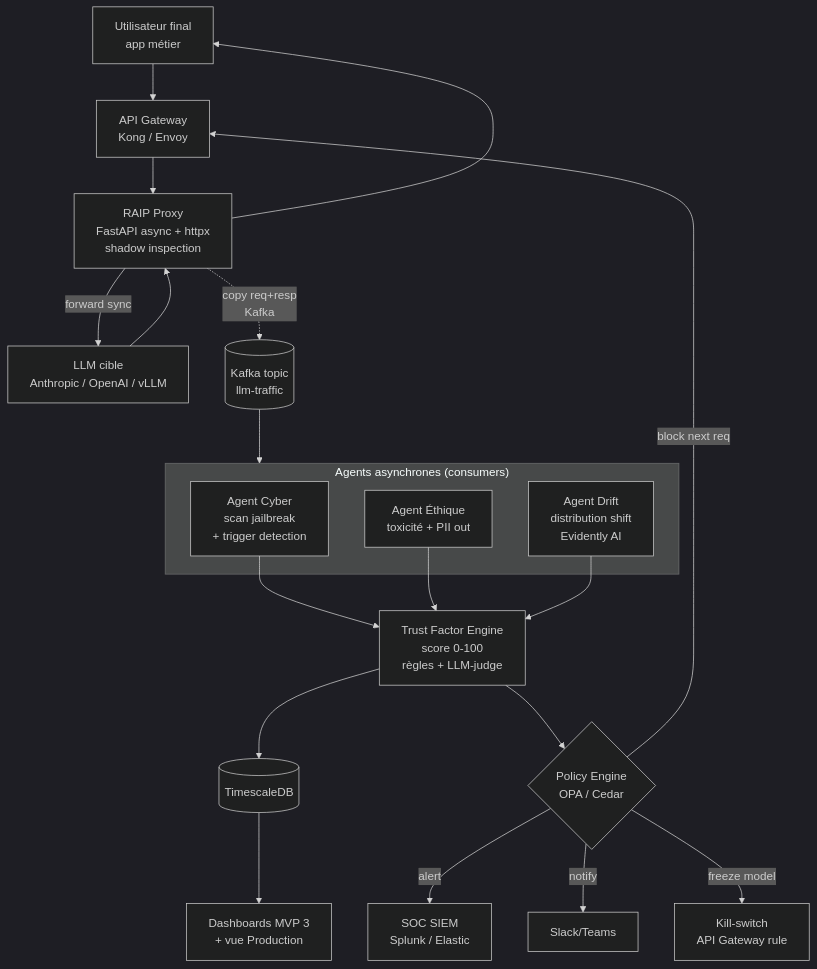
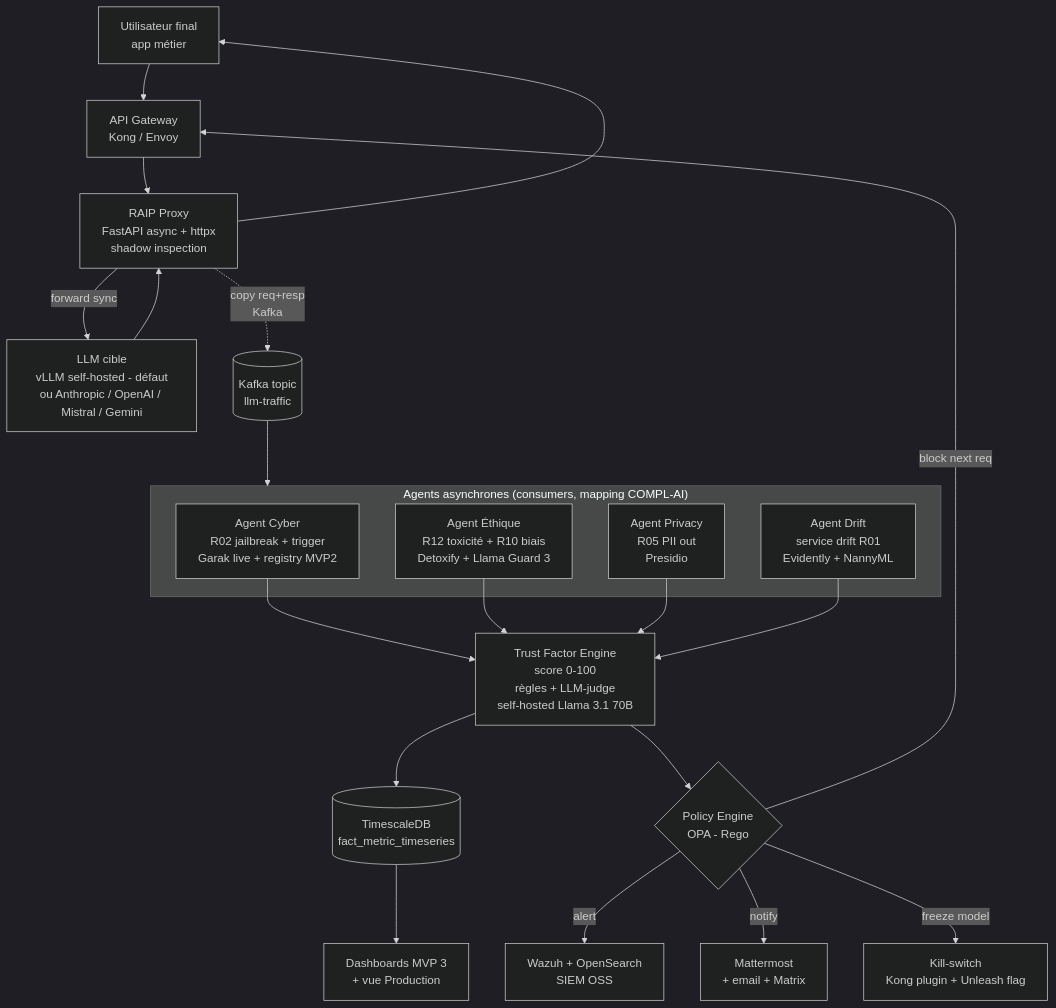
One commit to Rqbln/VERA changed the first of 4 diagrams in MVP4_governance_as_a_service.md. Above: the diagram before and after it, drawn with Mermaid (dark theme). The commit also changed other lines of this file and 9 other files, not shown here.

First line of the commit message:
Refocus roadmap and MVP documentation on accessible local open-source tooling.

````diff
--- a/MVP4_governance_as_a_service.md
+++ b/MVP4_governance_as_a_service.md
@@ -16,34 +16,33 @@
 ```mermaid
 flowchart TB
     USER[Utilisateur final<br/>app métier] --> GW[API Gateway<br/>Kong / Envoy]
 
     GW --> PROXY[RAIP Proxy<br/>FastAPI async + httpx<br/>shadow inspection]
 
-    PROXY -->|forward sync| LLM[LLM cible<br/>Anthropic / OpenAI / vLLM]
+    PROXY -->|forward sync| LLM[LLM cible<br/>vLLM self-hosted - défaut<br/>ou Anthropic / OpenAI / Mistral / Gemini]
     LLM --> PROXY
     PROXY --> USER
 
     PROXY -.->|copy req+resp<br/>Kafka| BUS[(Kafka topic<br/>llm-traffic)]
 
     BUS --> AGENTS
 
-    subgraph AGENTS["Agents asynchrones (consumers)"]
-        A1[Agent Cyber<br/>scan jailbreak<br/>+ trigger detection]
-        A2[Agent Éthique<br/>toxicité + PII out]
-        A3[Agent Drift<br/>distribution shift<br/>Evidently AI]
+    subgraph AGENTS["Agents asynchrones (consumers, mapping COMPL-AI)"]
+        A1[Agent Cyber<br/>R02 jailbreak + trigger<br/>Garak live + registry MVP2]
+        A2[Agent Éthique<br/>R12 toxicité + R10 biais<br/>Detoxify + Llama Guard 3]
+        A3[Agent Privacy<br/>R05 PII out<br/>Presidio]
+        A4[Agent Drift<br/>service drift R01<br/>Evidently + NannyML]
     end
 
-    A1 --> SCORE[Trust Factor Engine<br/>score 0-100<br/>règles + LLM-judge]
-    A2 --> SCORE
-    A3 --> SCORE
+    A1 & A2 & A3 & A4 --> SCORE[Trust Factor Engine<br/>score 0-100<br/>règles + LLM-judge<br/>self-hosted Llama 3.1 70B]
 
-    SCORE --> TS[(TimescaleDB)]
-    SCORE --> POL{Policy Engine<br/>OPA / Cedar}
+    SCORE --> TS[(TimescaleDB<br/>fact_metric_timeseries)]
+    SCORE --> POL{Policy Engine<br/>OPA - Rego}
 
-    POL -->|alert| SOC[SOC SIEM<br/>Splunk / Elastic]
+    POL -->|alert| SIEM[Wazuh + OpenSearch<br/>SIEM OSS]
     POL -->|block next req| GW
-    POL -->|notify| SLACK[Slack/Teams]
-    POL -->|freeze model| KILL[Kill-switch<br/>API Gateway rule]
+    POL -->|notify| MAT[Mattermost<br/>+ email + Matrix]
+    POL -->|freeze model| KILL[Kill-switch<br/>Kong plugin + Unleash flag]
 
     TS --> DASH[Dashboards MVP 3<br/>+ vue Production]
 ```
````
